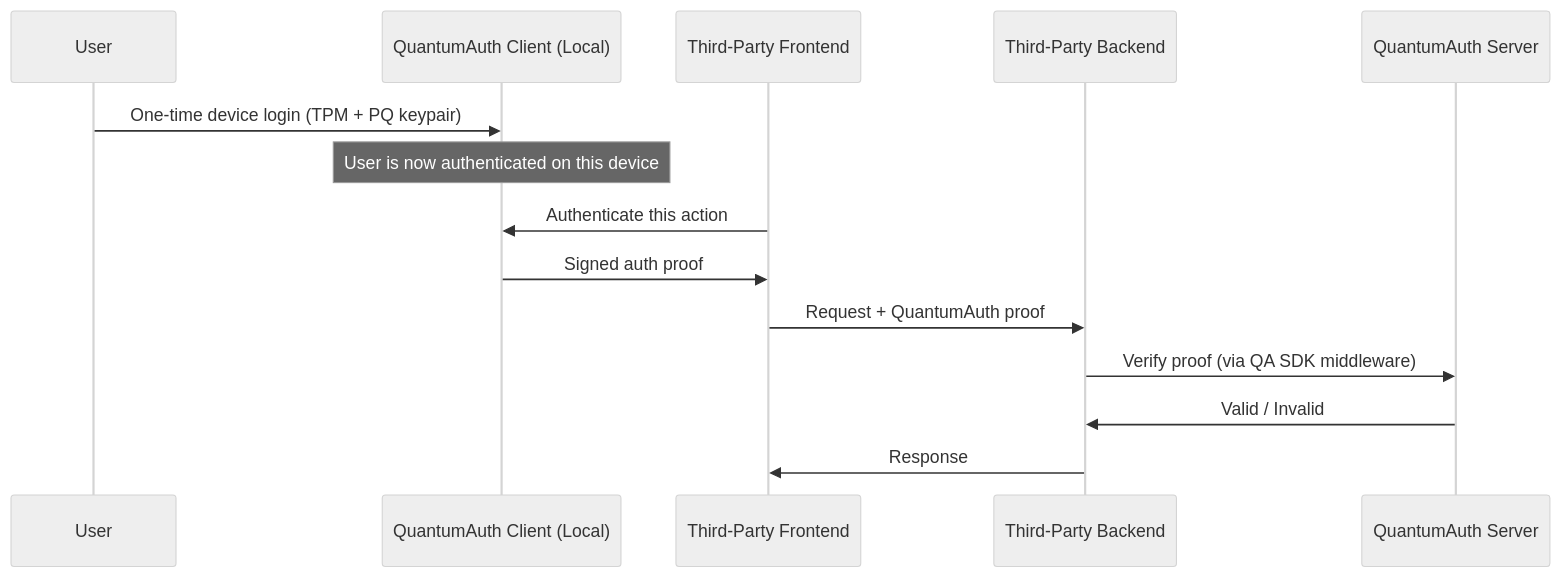
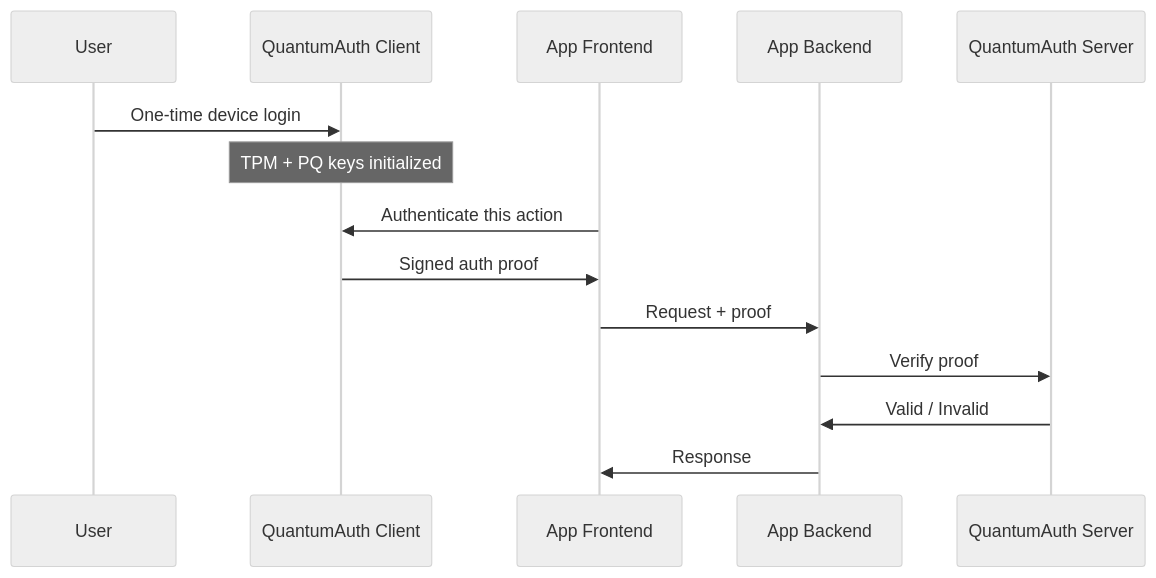
One commit to quantumauth-io/quantumauth-docs changed the third of 4 diagrams in docs/0-Introduction/architecture-overview.md. Above: the diagram before and after it, drawn with Mermaid (neutral theme). The commit also changed other lines of this file and 12 other files, not shown here.

````diff
--- a/docs/0-Introduction/architecture-overview.md
+++ b/docs/0-Introduction/architecture-overview.md
@@ -104,19 +163,19 @@
 ```mermaid
 sequenceDiagram
     participant User
-    participant QAClient as QuantumAuth Client (Local)
-    participant AppFrontend as Third-Party Frontend
-    participant AppBackend as Third-Party Backend
+    participant QAClient as QuantumAuth Client
+    participant Frontend as App Frontend
+    participant Backend as App Backend
     participant QAServer as QuantumAuth Server
 
-    User->>QAClient: One-time device login (TPM + PQ keypair)
-    Note over QAClient: User is now authenticated on this device
+    User->>QAClient: One-time device login
+    Note over QAClient: TPM + PQ keys initialized
 
-    AppFrontend->>QAClient: Authenticate this action
-    QAClient->>AppFrontend: Signed auth proof
+    Frontend->>QAClient: Authenticate this action
+    QAClient->>Frontend: Signed auth proof
 
-    AppFrontend->>AppBackend: Request + QuantumAuth proof
-    AppBackend->>QAServer: Verify proof (via QA SDK middleware)
-    QAServer->>AppBackend: Valid / Invalid
-    AppBackend->>AppFrontend: Response
+    Frontend->>Backend: Request + proof
+    Backend->>QAServer: Verify proof
+    QAServer->>Backend: Valid / Invalid
+    Backend->>Frontend: Response
 ```
````
